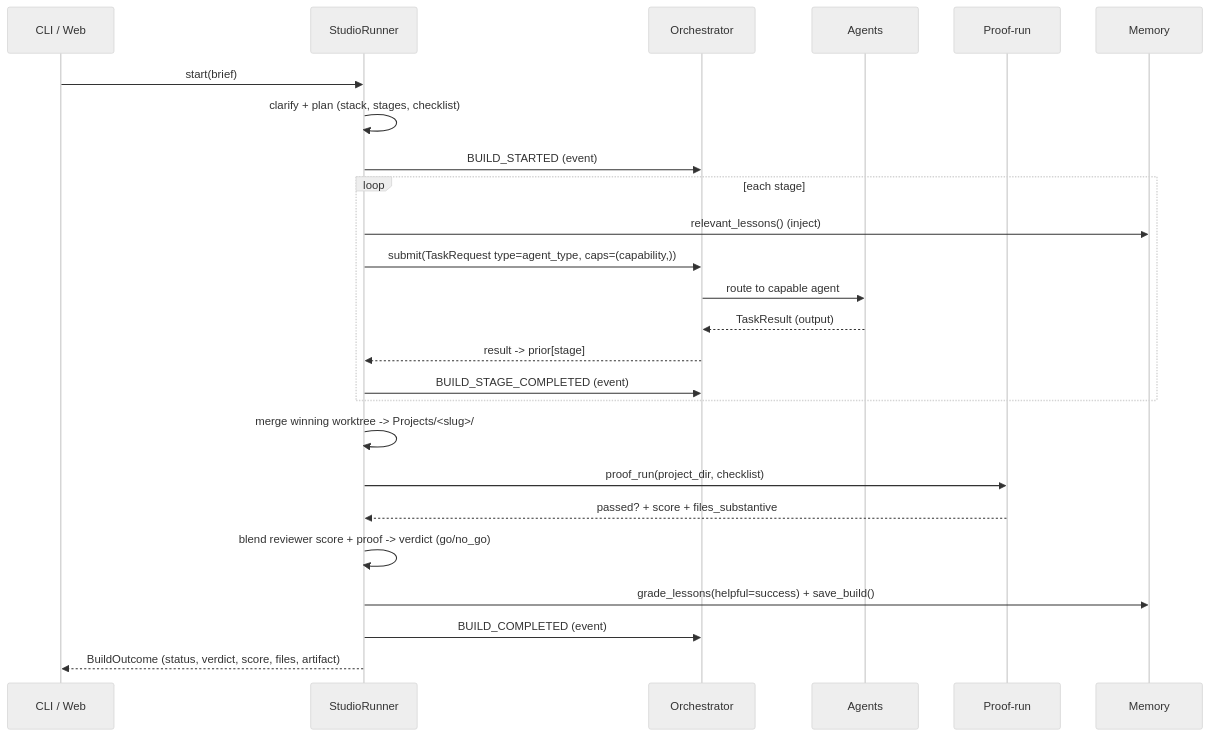
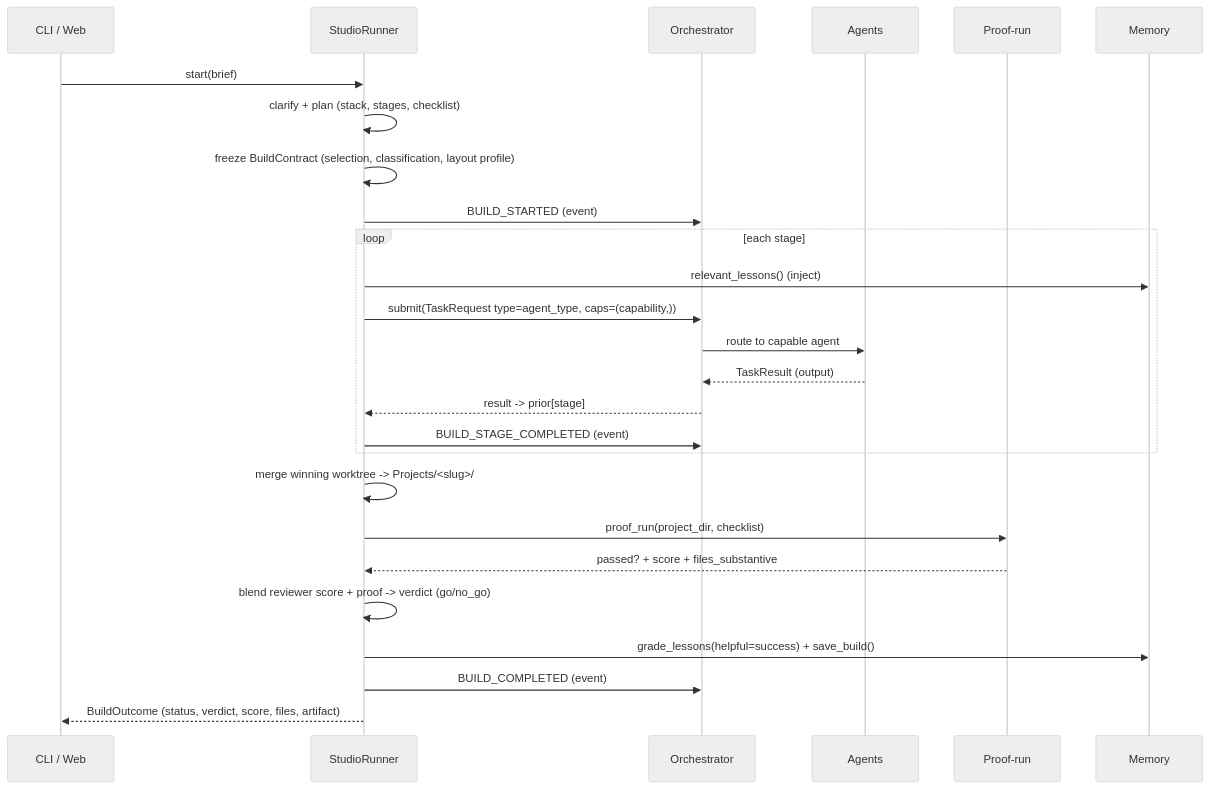
The diagram in docs/ARCHITECTURE.md (Choaterboater/skyn3t-2-0), drawn with Mermaid (neutral theme) before and after one commit. The commit also changed other lines of this file and 18 other files, not shown here.

````diff
--- a/docs/ARCHITECTURE.md
+++ b/docs/ARCHITECTURE.md
@@ -29,28 +29,29 @@
 ```mermaid
 sequenceDiagram
     participant U as CLI / Web
     participant R as StudioRunner
     participant O as Orchestrator
     participant A as Agents
     participant P as Proof-run
     participant M as Memory
 
     U->>R: start(brief)
     R->>R: clarify + plan (stack, stages, checklist)
+    R->>R: freeze BuildContract (selection, classification, layout profile)
     R->>O: BUILD_STARTED (event)
     loop each stage
         R->>M: relevant_lessons() (inject)
         R->>O: submit(TaskRequest type=agent_type, caps=(capability,))
         O->>A: route to capable agent
         A-->>O: TaskResult (output)
         O-->>R: result -> prior[stage]
         R->>O: BUILD_STAGE_COMPLETED (event)
     end
     R->>R: merge winning worktree -> Projects/<slug>/
     R->>P: proof_run(project_dir, checklist)
     P-->>R: passed? + score + files_substantive
     R->>R: blend reviewer score + proof -> verdict (go/no_go)
     R->>M: grade_lessons(helpful=success) + save_build()
     R->>O: BUILD_COMPLETED (event)
     R-->>U: BuildOutcome (status, verdict, score, files, artifact)
 ```
````
